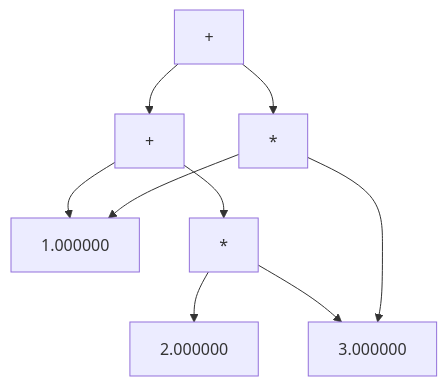
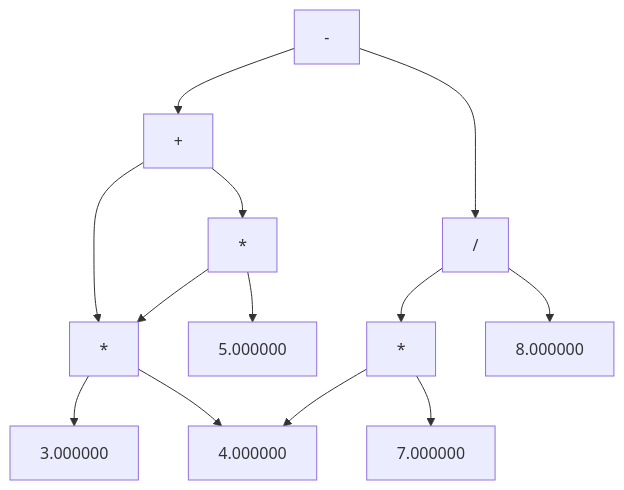
Before and after one commit to harshsingh-24/sturdy-compiler-design: the diagram in 9. intermediate-code-generation/dag/ast-graph.md, drawn with Mermaid. The commit also changed 56 other files, not shown here.

````diff
--- a/9. intermediate-code-generation/dag/ast-graph.md
+++ b/9. intermediate-code-generation/dag/ast-graph.md
@@ -1,11 +1,15 @@
 ```mermaid
 graph TD;
-0x771bf0["+"]-->0x771ac8["+"];
-0x771ac8["+"]-->0x771f78["1.000000"];
-0x771ac8["+"]-->0x771a50["*"];
-0x771a50["*"]-->0x772000["2.000000"];
-0x771a50["*"]-->0x772098["3.000000"];
-0x771bf0["+"]-->0x771b78["*"];
-0x771b78["*"]-->0x771f78["1.000000"];
-0x771b78["*"]-->0x772098["3.000000"];
+0xe91fc0["-"]-->0xff1ae8["+"];
+0xff1ae8["+"]-->0xff1950["*"];
+0xff1950["*"]-->0xff1848["3.000000"];
+0xff1950["*"]-->0xff18a8["4.000000"];
+0xff1ae8["+"]-->0xff1a30["*"];
+0xff1a30["*"]-->0xff1950["*"];
+0xff1a30["*"]-->0xff19d0["5.000000"];
+0xe91fc0["-"]-->0xe92080["/"];
+0xe92080["/"]-->0xff1ba8["*"];
+0xff1ba8["*"]-->0xff18a8["4.000000"];
+0xff1ba8["*"]-->0xff1b48["7.000000"];
+0xe92080["/"]-->0xff04d0["8.000000"];
 ```
````
